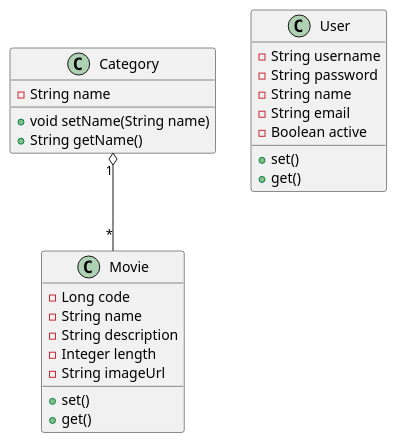
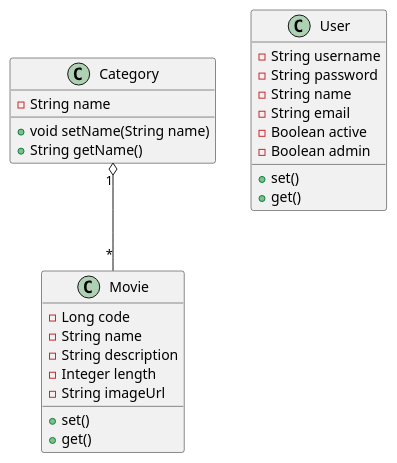
The diagram in doc/modelo_datos.puml (coscristian/MoviesCatalog), drawn with PlantUML before and after one commit.

Commit message:
Conexión con BBDD correcta

```diff
--- a/doc/modelo_datos.puml
+++ b/doc/modelo_datos.puml
@@ -1,32 +1,33 @@
 @startuml
 
 class Category {
     - String name
     + void setName(String name)
     + String getName()
 }
 
 class Movie {
     - Long code
     - String name
     - String description
     - Integer length
     - String imageUrl
     + set()
     + get()
 }
 
 class User {
     - String username
     - String password
     - String name
     - String email
     - Boolean active
+    - Boolean admin
     + set()
     + get()
 }
 
 
 Category "1" o-- "*" Movie
 
 @enduml
```
